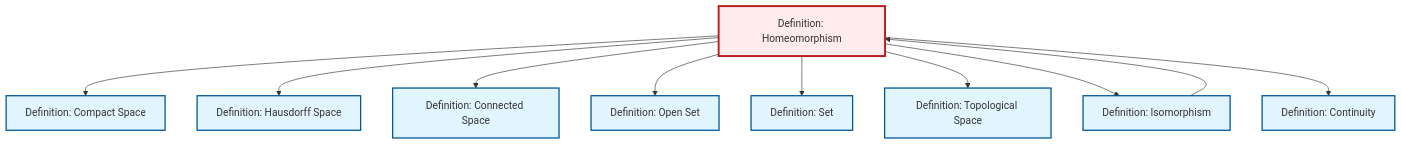
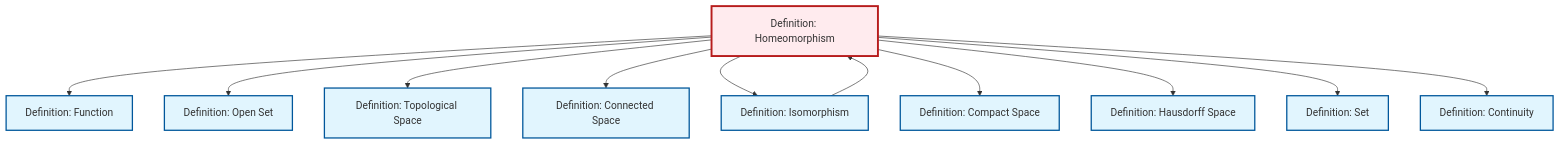
The diagram in content/ja/topology/def-homeomorphism.qmd (RK0429/ModernMath), drawn with Mermaid before and after one commit. The commit also changed other lines of this file and 554 other files, not shown here.

````diff
--- a/content/ja/topology/def-homeomorphism.qmd
+++ b/content/ja/topology/def-homeomorphism.qmd
@@ -101,36 +102,39 @@
 ```{mermaid}
 %%| fig-cap: "Local dependency graph"
 graph TD
     classDef definition fill:#e1f5fe,stroke:#01579b,stroke-width:2px
     classDef theorem fill:#f3e5f5,stroke:#4a148c,stroke-width:2px
     classDef axiom fill:#fff3e0,stroke:#e65100,stroke-width:2px
     classDef example fill:#e8f5e9,stroke:#1b5e20,stroke-width:2px
     classDef current fill:#ffebee,stroke:#b71c1c,stroke-width:3px
+    def-hausdorff["Definition: Hausdorff Space"]:::definition
+    def-connected["Definition: Connected Space"]:::definition
+    def-continuity["Definition: Continuity"]:::definition
+    def-compact["Definition: Compact Space"]:::definition
+    def-open-set["Definition: Open Set"]:::definition
+    def-topological-space["Definition: Topological Space"]:::definition
+    def-homeomorphism["Definition: Homeomorphism"]:::definition
     def-set["Definition: Set"]:::definition
-    def-homeomorphism["Definition: Homeomorphism"]:::definition
-    def-compact["Definition: Compact Space"]:::definition
-    def-topological-space["Definition: Topological Space"]:::definition
-    def-open-set["Definition: Open Set"]:::definition
-    def-connected["Definition: Connected Space"]:::definition
-    def-hausdorff["Definition: Hausdorff Space"]:::definition
-    def-continuity["Definition: Continuity"]:::definition
+    def-function["Definition: Function"]:::definition
     def-isomorphism["Definition: Isomorphism"]:::definition
+    def-homeomorphism --> def-function
+    def-homeomorphism --> def-open-set
+    def-homeomorphism --> def-topological-space
+    def-homeomorphism --> def-connected
+    def-isomorphism --> def-homeomorphism
+    def-homeomorphism --> def-isomorphism
     def-homeomorphism --> def-compact
     def-homeomorphism --> def-hausdorff
-    def-homeomorphism --> def-connected
-    def-homeomorphism --> def-open-set
     def-homeomorphism --> def-set
-    def-homeomorphism --> def-topological-space
-    def-homeomorphism --> def-isomorphism
     def-homeomorphism --> def-continuity
-    def-isomorphism --> def-homeomorphism
     class def-homeomorphism current
+    click def-hausdorff "def-hausdorff.html" "Definition: Hausdorff Spaceへ"
+    click def-connected "def-connected.html" "Definition: Connected Spaceへ"
+    click def-continuity "def-continuity.html" "Definition: Continuityへ"
+    click def-compact "def-compact.html" "Definition: Compact Spaceへ"
+    click def-open-set "def-open-set.html" "Definition: Open Setへ"
+    click def-topological-space "def-topological-space.html" "Definition: Topological Spaceへ"
     click def-set "def-set.html" "Definition: Setへ"
-    click def-compact "def-compact.html" "Definition: Compact Spaceへ"
-    click def-topological-space "def-topological-space.html" "Definition: Topological Spaceへ"
-    click def-open-set "def-open-set.html" "Definition: Open Setへ"
-    click def-connected "def-connected.html" "Definition: Connected Spaceへ"
-    click def-hausdorff "def-hausdorff.html" "Definition: Hausdorff Spaceへ"
-    click def-continuity "def-continuity.html" "Definition: Continuityへ"
+    click def-function "def-function.html" "Definition: Functionへ"
     click def-isomorphism "def-isomorphism.html" "Definition: Isomorphismへ"
 ```
````
